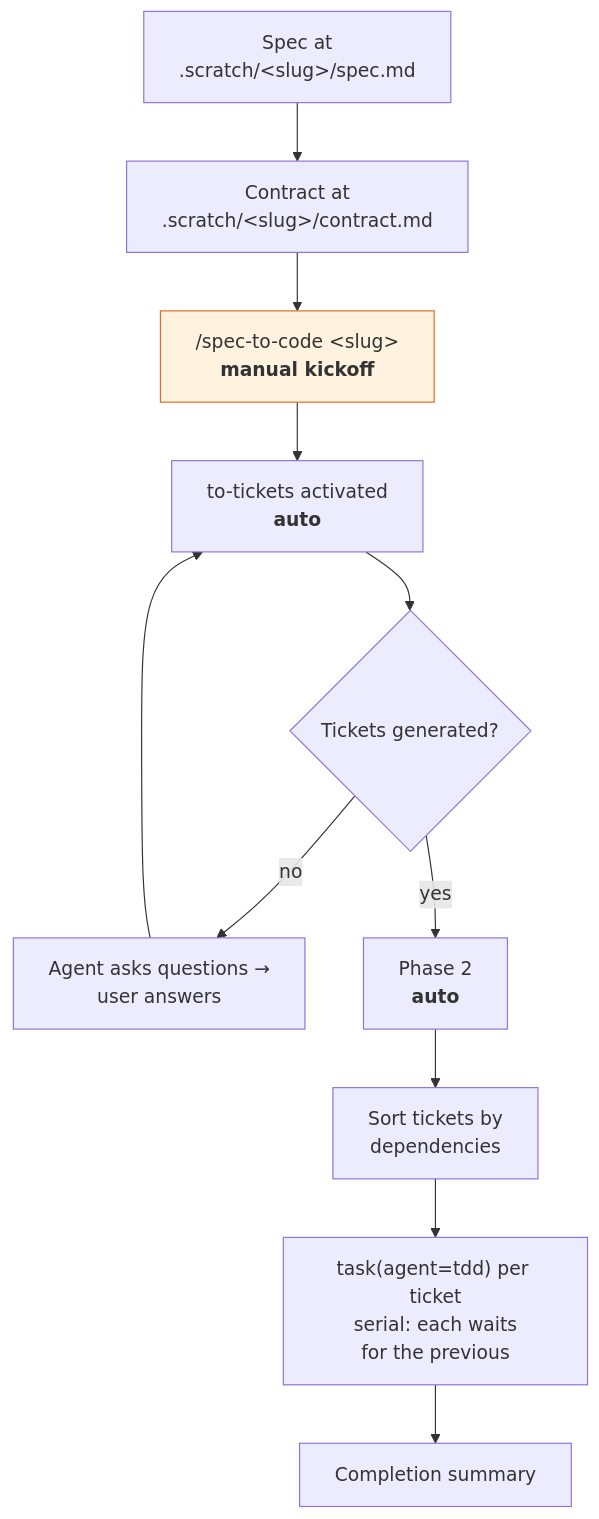
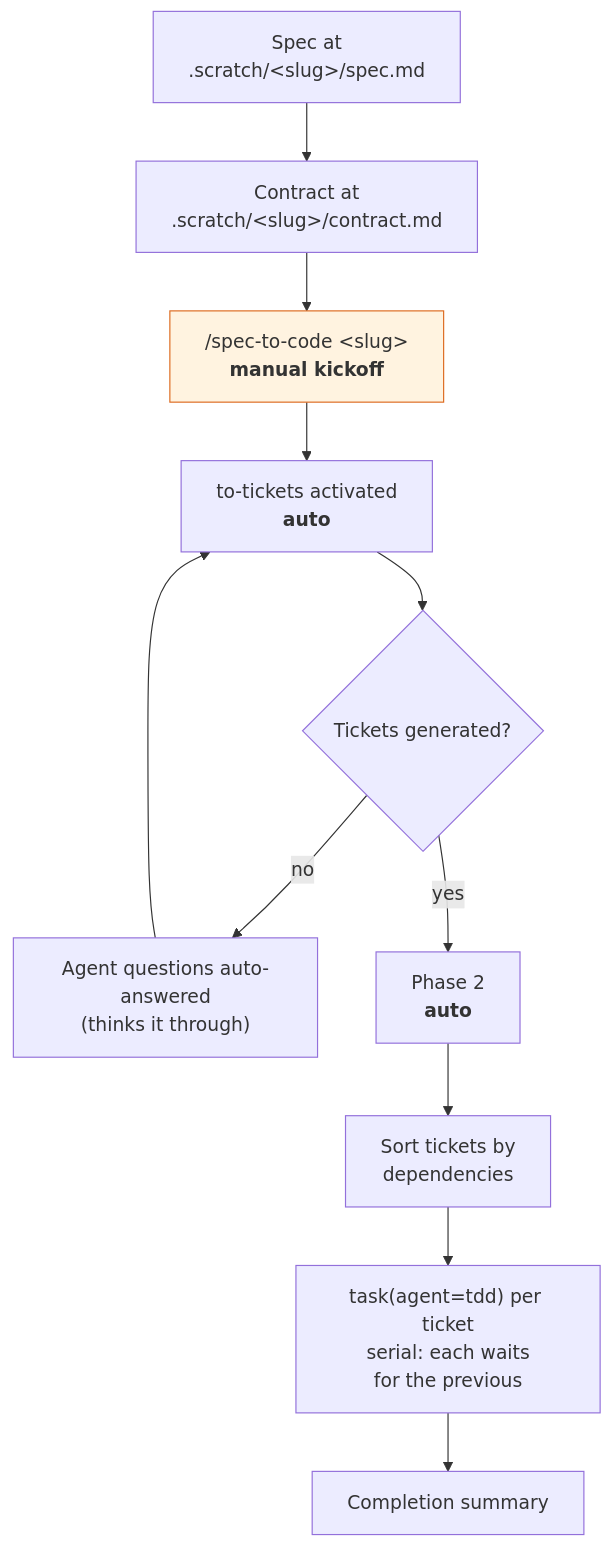
Before and after one commit to hugosol/oh-my-wayfinder: the second of 2 diagrams in README.md, drawn with Mermaid. The commit also changed other lines of this file and 2 other files, not shown here.

Commit message:
enhance spec-to-code auto reply

````diff
--- a/README.md
+++ b/README.md
@@ -101,14 +101,14 @@
 ```mermaid
 flowchart TD
     P["Spec at<br/>.scratch/&lt;slug&gt;/spec.md"] --> CT["Contract at<br/>.scratch/&lt;slug&gt;/contract.md"]
     CT --> C["/spec-to-code &lt;slug&gt;<br/><b>manual kickoff</b>"]
     C --> A["to-tickets activated<br/><b>auto</b>"]
     A --> Q{"Tickets generated?"}
-    Q -->|"no"| QA["Agent asks questions →<br/>user answers"] --> A
+    Q -->|"no"| QA["Agent questions auto-answered<br/>(thinks it through)"] --> A
     Q -->|"yes"| P2["Phase 2<br/><b>auto</b>"]
     P2 --> ORD["Sort tickets by<br/>dependencies"]
     ORD --> TD["task(agent=tdd) per ticket<br/>serial: each waits<br/>for the previous"]
     TD --> DONE["Completion summary"]
 
     style C fill:#fff3e0,stroke:#dd6b20
 ```
````
